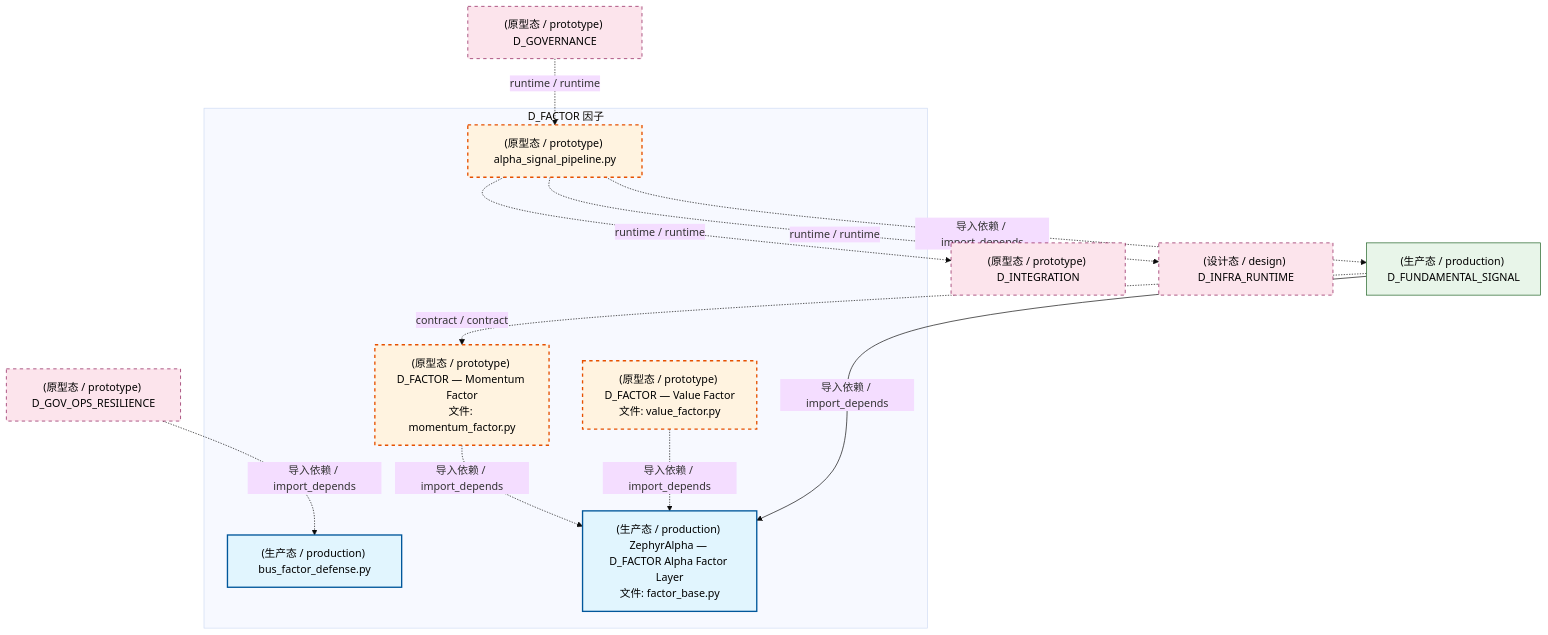
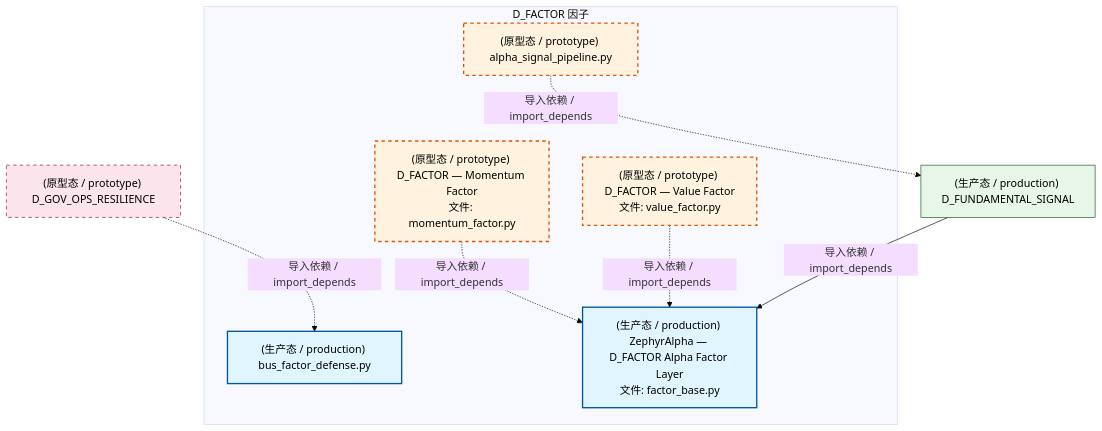
The first of 4 diagrams in docs/02_enterprise_architecture/02_domain_architecture_docs/36_d_factor.md (xuanFelixVan/ZephyrAlpha), drawn with Mermaid (base theme) before and after one commit. The commit also changed other lines of this file and 103 other files, not shown here.

````diff
--- a/docs/02_enterprise_architecture/02_domain_architecture_docs/36_d_factor.md
+++ b/docs/02_enterprise_architecture/02_domain_architecture_docs/36_d_factor.md
@@ -72,32 +72,25 @@
 ```mermaid
 graph TD
     subgraph D_FACTOR["D_FACTOR 因子"]
         src_zephyr_factor_alpha_signal_pipeline_py["(原型态 / prototype) alpha_signal_pipeline.py"]
         src_zephyr_factor_bus_factor_defense_py["(生产态 / production) bus_factor_defense.py"]
         src_zephyr_factor_factor_base_py["(生产态 / production) ZephyrAlpha — D_FACTOR Alpha Factor Layer<br/>文件: factor_base.py"]
         src_zephyr_factor_momentum_factor_py["(原型态 / prototype) D_FACTOR — Momentum Factor<br/>文件: momentum_factor.py"]
         src_zephyr_factor_value_factor_py["(原型态 / prototype) D_FACTOR — Value Factor<br/>文件: value_factor.py"]
     end
     src_zephyr_factor_momentum_factor_py -.->|导入依赖 / import_depends| src_zephyr_factor_factor_base_py
     src_zephyr_factor_value_factor_py -.->|导入依赖 / import_depends| src_zephyr_factor_factor_base_py
-    D_INTEGRATION["(原型态 / prototype) D_INTEGRATION"]
-    src_zephyr_factor_alpha_signal_pipeline_py -.->|runtime / runtime| D_INTEGRATION
-    D_INFRA_RUNTIME["(设计态 / design) D_INFRA_RUNTIME"]
-    src_zephyr_factor_alpha_signal_pipeline_py -.->|runtime / runtime| D_INFRA_RUNTIME
     D_FUNDAMENTAL_SIGNAL["(生产态 / production) D_FUNDAMENTAL_SIGNAL"]
     src_zephyr_factor_alpha_signal_pipeline_py -.->|导入依赖 / import_depends| D_FUNDAMENTAL_SIGNAL
-    D_GOVERNANCE["(原型态 / prototype) D_GOVERNANCE"]
-    D_GOVERNANCE -.->|runtime / runtime| src_zephyr_factor_alpha_signal_pipeline_py
-    D_FUNDAMENTAL_SIGNAL -.->|contract / contract| src_zephyr_factor_momentum_factor_py
     D_FUNDAMENTAL_SIGNAL -->|导入依赖 / import_depends| src_zephyr_factor_factor_base_py
     D_GOV_OPS_RESILIENCE["(原型态 / prototype) D_GOV_OPS_RESILIENCE"]
     D_GOV_OPS_RESILIENCE -.->|导入依赖 / import_depends| src_zephyr_factor_bus_factor_defense_py
     classDef production fill:#e1f5fe,stroke:#01579b,stroke-width:2px,color:#000
     classDef design fill:#fff3e0,stroke:#e65100,stroke-width:2px,color:#000,stroke-dasharray: 5 5
     classDef external_prod fill:#e8f5e9,stroke:#1b5e20,stroke-width:1px,color:#000
     classDef external_design fill:#fce4ec,stroke:#880e4f,stroke-width:1px,color:#000,stroke-dasharray: 5 5
     class src_zephyr_factor_bus_factor_defense_py,src_zephyr_factor_factor_base_py production
     class src_zephyr_factor_alpha_signal_pipeline_py,src_zephyr_factor_momentum_factor_py,src_zephyr_factor_value_factor_py design
     class D_FUNDAMENTAL_SIGNAL external_prod
-    class D_INTEGRATION,D_INFRA_RUNTIME,D_GOVERNANCE,D_GOV_OPS_RESILIENCE external_design
+    class D_GOV_OPS_RESILIENCE external_design
 ```
````
